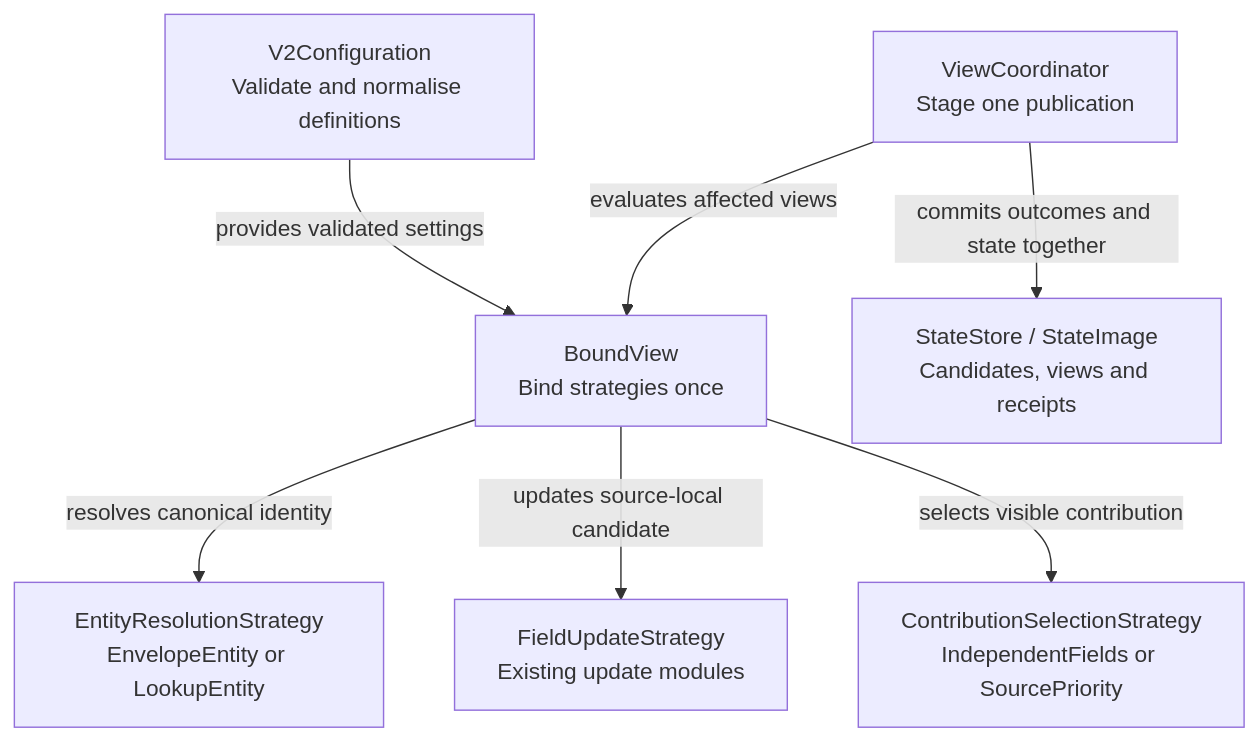
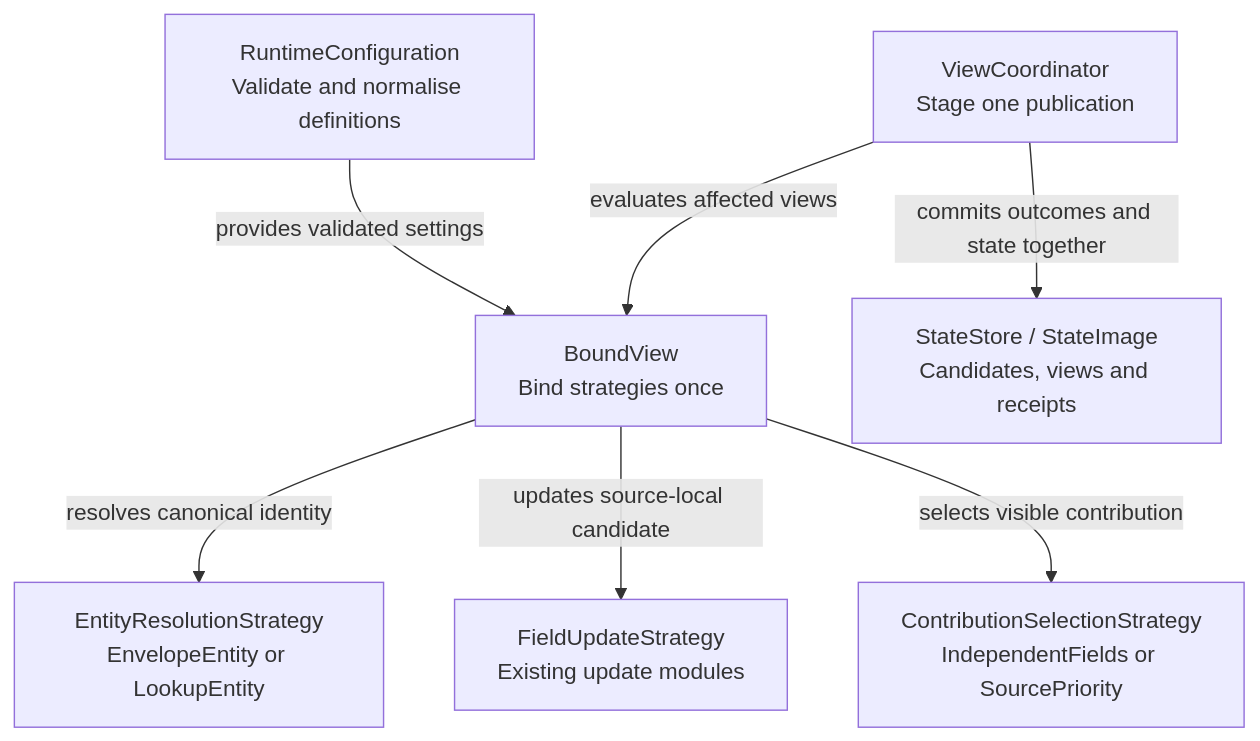
One commit to sproates/zooglass changed the diagram in docs/design/relationships-and-conflicts.md. Above: the diagram before and after it, drawn with Mermaid. The commit also changed other lines of this file and 451 other files, not shown here.

````diff
--- a/docs/design/relationships-and-conflicts.md
+++ b/docs/design/relationships-and-conflicts.md
@@ -270,16 +270,16 @@
 ```mermaid
 flowchart TB
-  config["V2Configuration<br/>Validate and normalise definitions"]
+  config["RuntimeConfiguration<br/>Validate and normalise definitions"]
   bound["BoundView<br/>Bind strategies once"]
   resolution["EntityResolutionStrategy<br/>EnvelopeEntity or LookupEntity"]
   update["FieldUpdateStrategy<br/>Existing update modules"]
   selection["ContributionSelectionStrategy<br/>IndependentFields or SourcePriority"]
   coordinator["ViewCoordinator<br/>Stage one publication"]
   state["StateStore / StateImage<br/>Candidates, views and receipts"]
   config -->|provides validated settings| bound
   coordinator -->|evaluates affected views| bound
   bound -->|resolves canonical identity| resolution
   bound -->|updates source-local candidate| update
   bound -->|selects visible contribution| selection
   coordinator -->|commits outcomes and state together| state
 ```
````
